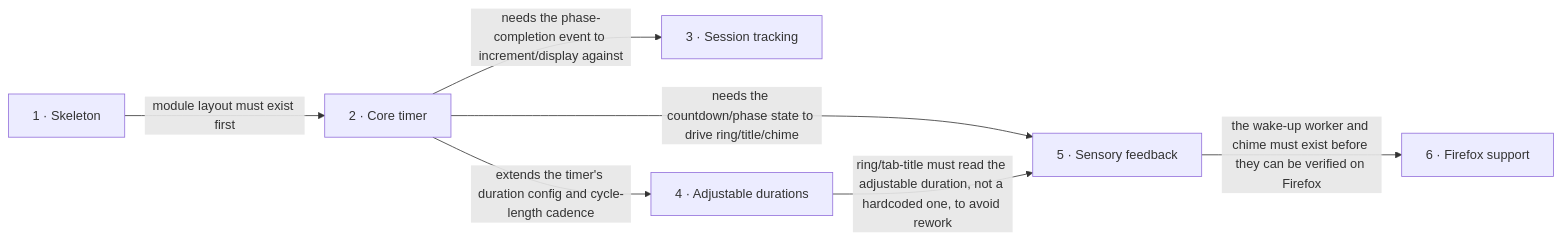
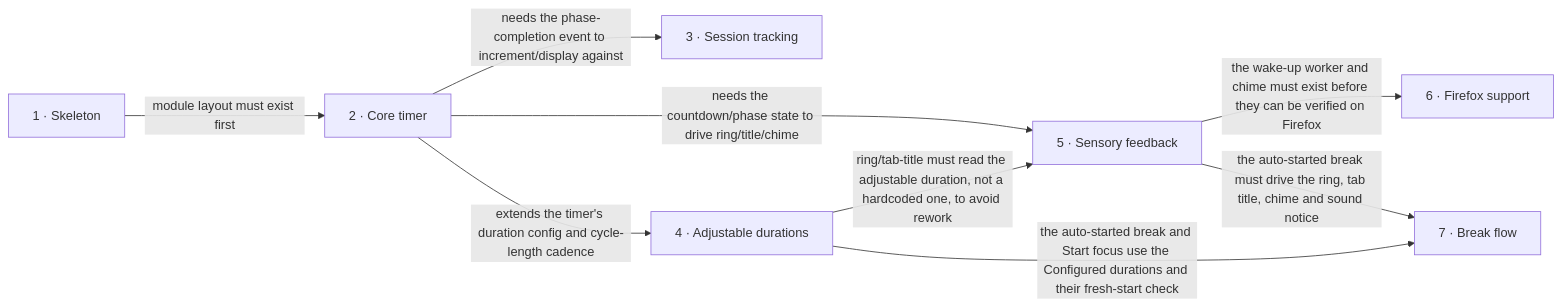
The diagram in docs/roadmap.md (skush/pomodoro), drawn with Mermaid before and after one commit. The commit also changed other lines of this file and 4 other files, not shown here.

First line of the commit message:
spec: break-flow

````diff
--- a/docs/roadmap.md
+++ b/docs/roadmap.md
@@ -55,9 +56,11 @@
 ```mermaid
 flowchart LR
   s1["1 · Skeleton"] -->|module layout must exist first| s2["2 · Core timer"]
   s2 -->|needs the phase-completion event to increment/display against| s3["3 · Session tracking"]
   s2 -->|extends the timer's duration config and cycle-length cadence| s4["4 · Adjustable durations"]
   s2 -->|needs the countdown/phase state to drive ring/title/chime| s5["5 · Sensory feedback"]
   s4 -->|ring/tab-title must read the adjustable duration, not a hardcoded one, to avoid rework| s5
   s5 -->|the wake-up worker and chime must exist before they can be verified on Firefox| s6["6 · Firefox support"]
+  s5 -->|the auto-started break must drive the ring, tab title, chime and sound notice| s7["7 · Break flow"]
+  s4 -->|the auto-started break and Start focus use the Configured durations and their fresh-start check| s7
 ```
````
